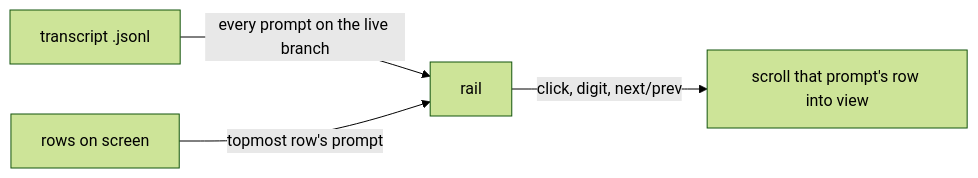
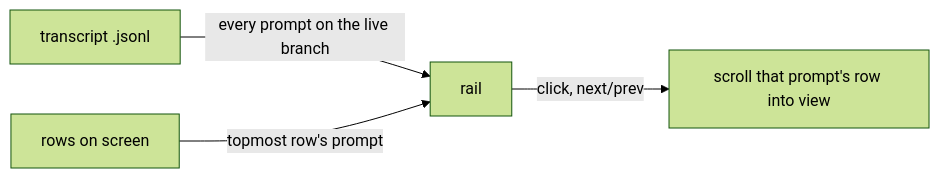
Before and after one commit to oikon48/prompt-rail: the diagram in README.md, drawn with Mermaid (forest theme). The commit also changed other lines of this file and 2 other files, not shown here.

First line of the commit message:
Drop the digit hotkeys from the vertical pane (#48)

````diff
--- a/README.md
+++ b/README.md
@@ -76,6 +76,6 @@
 ```mermaid
 flowchart LR
   T[transcript .jsonl] -->|every prompt on the live branch| R[rail]
   S[rows on screen] -->|topmost row's prompt| R
-  R -->|click, digit, next/prev| J[scroll that prompt's row into view]
+  R -->|click, next/prev| J[scroll that prompt's row into view]
 ```
````
